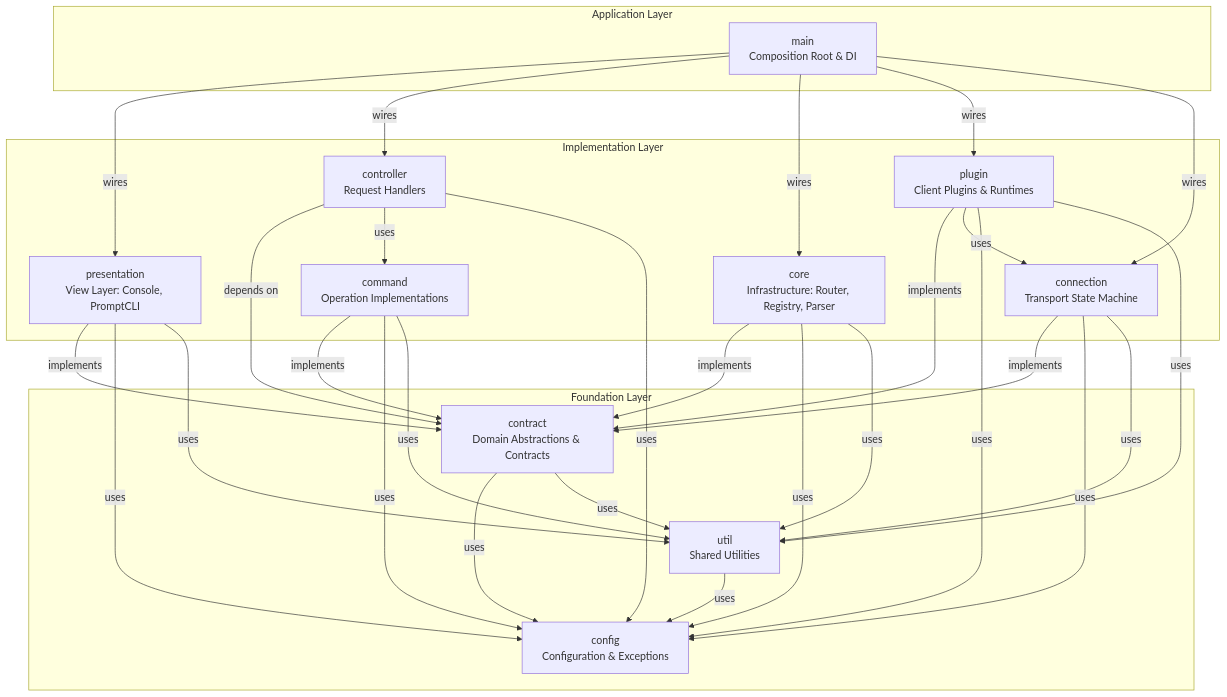
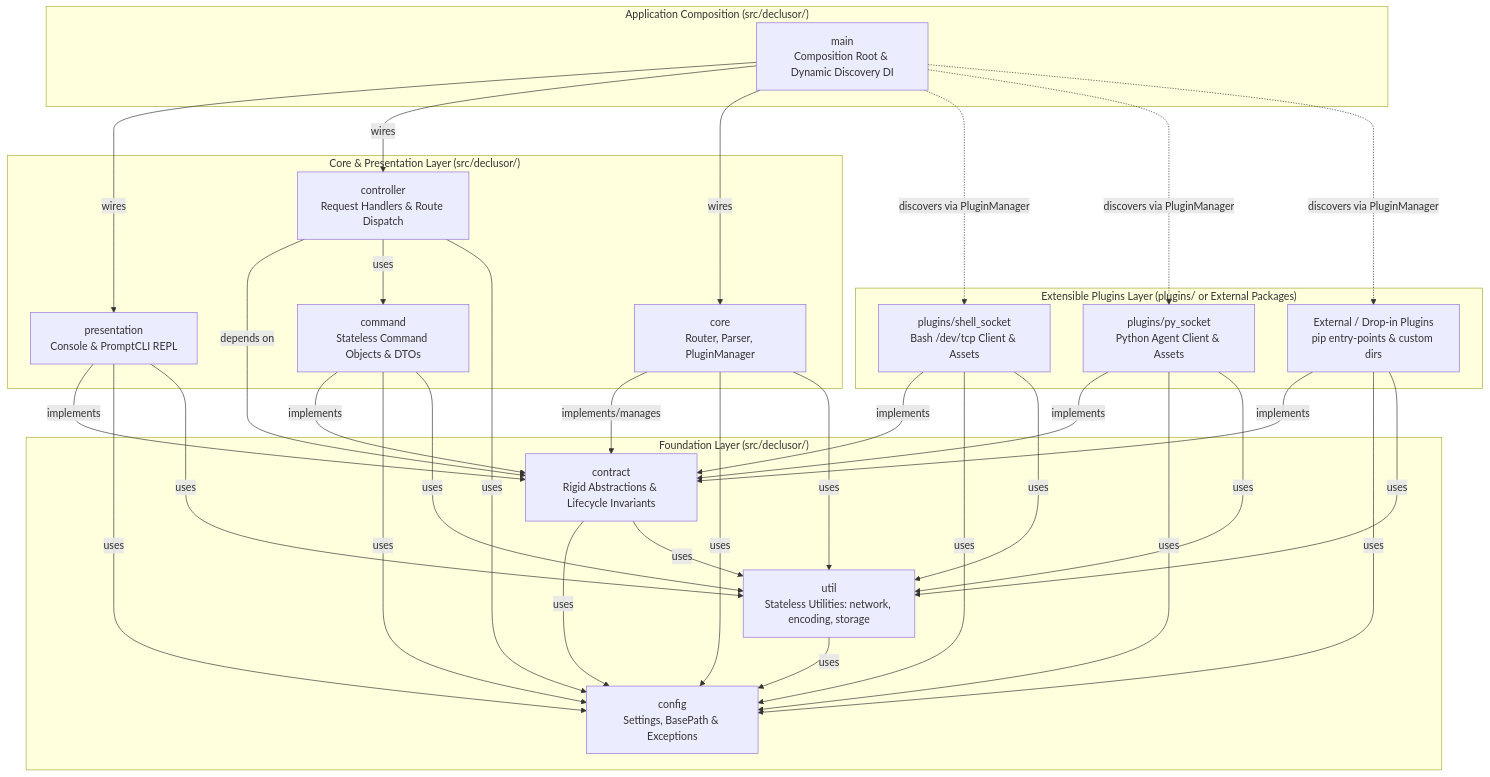
One commit to othon-hugo/declusor changed the diagram in ARCHITECTURE.md. Above: the diagram before and after it, drawn with Mermaid. The commit also changed other lines of this file and 62 other files, not shown here.

````diff
--- a/ARCHITECTURE.md
+++ b/ARCHITECTURE.md
@@ -27,57 +29,66 @@
 ```mermaid
 graph TB
-    subgraph "Foundation Layer"
-        CONFIG[config<br/>Configuration & Exceptions]
-        UTIL[util<br/>Shared Utilities]
-        CONTRACT[contract<br/>Domain Abstractions & Contracts]
+    subgraph "Foundation Layer (src/declusor/)"
+        CONFIG[config<br/>Settings, BasePath & Exceptions]
+        UTIL[util<br/>Stateless Utilities: network, encoding, storage]
+        CONTRACT[contract<br/>Rigid Abstractions & Lifecycle Invariants]
     end
 
-    subgraph "Implementation Layer"
-        CORE[core<br/>Infrastructure: Router, Registry, Parser]
-        PRESENTATION[presentation<br/>View Layer: Console, PromptCLI]
-        CONTROLLER[controller<br/>Request Handlers]
-        COMMAND[command<br/>Operation Implementations]
-        CONNECTION[connection<br/>Transport State Machine]
-        PLUGIN[plugin<br/>Client Plugins & Runtimes]
+    subgraph "Core & Presentation Layer (src/declusor/)"
+        CORE[core<br/>Router, Parser, PluginManager]
+        PRESENTATION[presentation<br/>Console & PromptCLI REPL]
+        COMMAND[command<br/>Stateless Command Objects & DTOs]
+        CONTROLLER[controller<br/>Request Handlers & Route Dispatch]
     end
 
-    subgraph "Application Layer"
-        MAIN[main<br/>Composition Root & DI]
+    subgraph "Application Composition (src/declusor/)"
+        MAIN[main<br/>Composition Root & Dynamic Discovery DI]
+    end
+
+    subgraph "Extensible Plugins Layer (plugins/ or External Packages)"
+        SHELL[plugins/shell_socket<br/>Bash /dev/tcp Client & Assets]
+        PYTHON[plugins/py_socket<br/>Python Agent Client & Assets]
+        EXTERNAL[External / Drop-in Plugins<br/>pip entry-points & custom dirs]
     end
 
     %% Dependencies
     UTIL -->|uses| CONFIG
     CONTRACT -->|uses| CONFIG
     CONTRACT -->|uses| UTIL
 
-    CORE -->|implements| CONTRACT
+    CORE -->|implements/manages| CONTRACT
     CORE -->|uses| CONFIG
     CORE -->|uses| UTIL
 
     PRESENTATION -->|implements| CONTRACT
     PRESENTATION -->|uses| CONFIG
     PRESENTATION -->|uses| UTIL
-
-    CONNECTION -->|implements| CONTRACT
-    CONNECTION -->|uses| CONFIG
-    CONNECTION -->|uses| UTIL
 
     COMMAND -->|implements| CONTRACT
     COMMAND -->|uses| CONFIG
     COMMAND -->|uses| UTIL
 
     CONTROLLER -->|depends on| CONTRACT
     CONTROLLER -->|uses| COMMAND
     CONTROLLER -->|uses| CONFIG
 
-    PLUGIN -->|implements| CONTRACT
-    PLUGIN -->|uses| CONNECTION
-    PLUGIN -->|uses| CONFIG
-    PLUGIN -->|uses| UTIL
-
     MAIN -->|wires| PRESENTATION
     MAIN -->|wires| CONTROLLER
     MAIN -->|wires| CORE
-    MAIN -->|wires| PLUGIN
-    MAIN -->|wires| CONNECTION
+
+    SHELL -->|implements| CONTRACT
+    SHELL -->|uses| CONFIG
+    SHELL -->|uses| UTIL
+
+    PYTHON -->|implements| CONTRACT
+    PYTHON -->|uses| CONFIG
+    PYTHON -->|uses| UTIL
+
+    EXTERNAL -->|implements| CONTRACT
+    EXTERNAL -->|uses| CONFIG
+    EXTERNAL -->|uses| UTIL
+
+    MAIN -.->|discovers via PluginManager| SHELL
+    MAIN -.->|discovers via PluginManager| PYTHON
+    MAIN -.->|discovers via PluginManager| EXTERNAL
 ```
````
